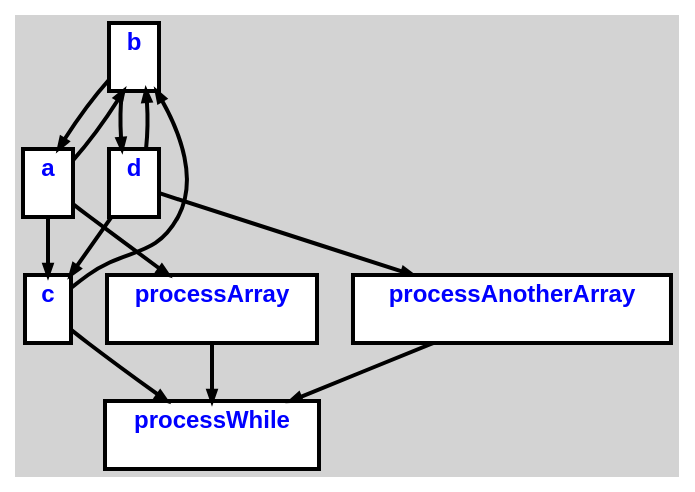
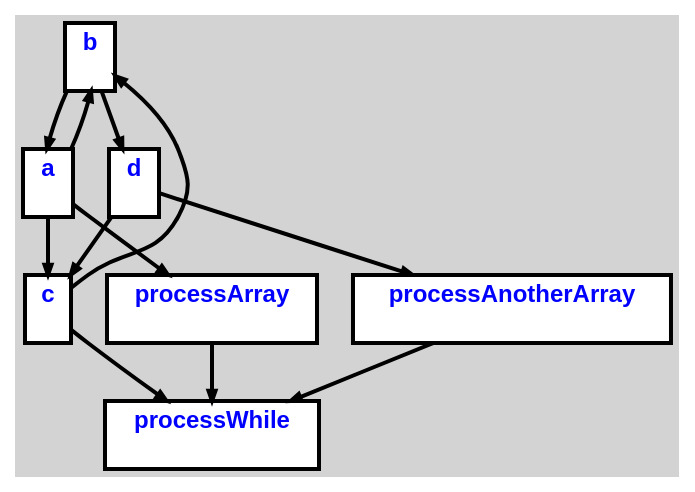
Before and after one commit to aveen007/CountingMonkeys: the diagram in cpoCompilerWin/CG.all.dot, drawn with Graphviz. The commit also changed 24 other files, not shown here.

```diff
--- a/cpoCompilerWin/CG.all.dot
+++ b/cpoCompilerWin/CG.all.dot
@@ -1,27 +1,26 @@
 digraph G {
 ordering=out;
 ranksep=.4;
 bgcolor="lightgrey";  node [shape=box, fixedsize=false, fontsize=12, fontname="Helvetica-bold", fontcolor="blue"
 width=.25, height=.25, color="black", fillcolor="white", style="filled, solid, bold"];
 
 edge [arrowsize=.5, color="black", style="bold"]
-    n00001222C27A1FA0 [label="b\n "]
-    n00001222C27A1FA0 -> n00001222C27A4D00
-    n00001222C27A1FA0 -> n00001222C27A2240
-    n00001222C27A2240 [label="d\n "]
-    n00001222C27A2240 -> n00001222C27A1FA0
-    n00001222C27A2240 -> n00001222C27A5480
-    n00001222C27A2240 -> n00001222C27A2CC0
-    n00001222C27A2CC0 [label="processAnotherArray\n "]
-    n00001222C27A2CC0 -> n00001222C27A5720
-    n00001222C27A4D00 [label="a\n "]
-    n00001222C27A4D00 -> n00001222C27A1FA0
-    n00001222C27A4D00 -> n00001222C27A5480
-    n00001222C27A4D00 -> n00001222C27A5A80
-    n00001222C27A5480 [label="c\n "]
-    n00001222C27A5480 -> n00001222C27A1FA0
-    n00001222C27A5480 -> n00001222C27A5720
-    n00001222C27A5720 [label="processWhile\n "]
-    n00001222C27A5A80 [label="processArray\n "]
-    n00001222C27A5A80 -> n00001222C27A5720
+    n000011CED78A2120 [label="b\n "]
+    n000011CED78A2120 -> n000011CED78A4B20
+    n000011CED78A2120 -> n000011CED78A23C0
+    n000011CED78A23C0 [label="d\n "]
+    n000011CED78A23C0 -> n000011CED78A52A0
+    n000011CED78A23C0 -> n000011CED78A2AE0
+    n000011CED78A2AE0 [label="processAnotherArray\n "]
+    n000011CED78A2AE0 -> n000011CED78A5540
+    n000011CED78A4B20 [label="a\n "]
+    n000011CED78A4B20 -> n000011CED78A2120
+    n000011CED78A4B20 -> n000011CED78A52A0
+    n000011CED78A4B20 -> n000011CED78A58A0
+    n000011CED78A52A0 [label="c\n "]
+    n000011CED78A52A0 -> n000011CED78A2120
+    n000011CED78A52A0 -> n000011CED78A5540
+    n000011CED78A5540 [label="processWhile\n "]
+    n000011CED78A58A0 [label="processArray\n "]
+    n000011CED78A58A0 -> n000011CED78A5540
 }
```
